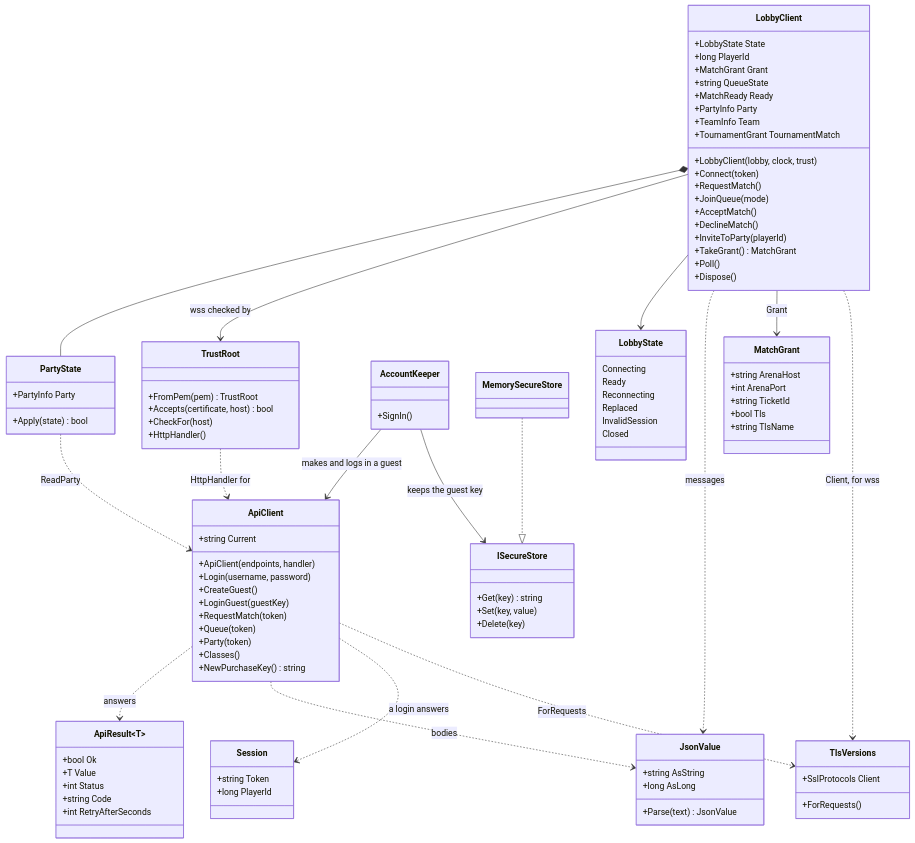
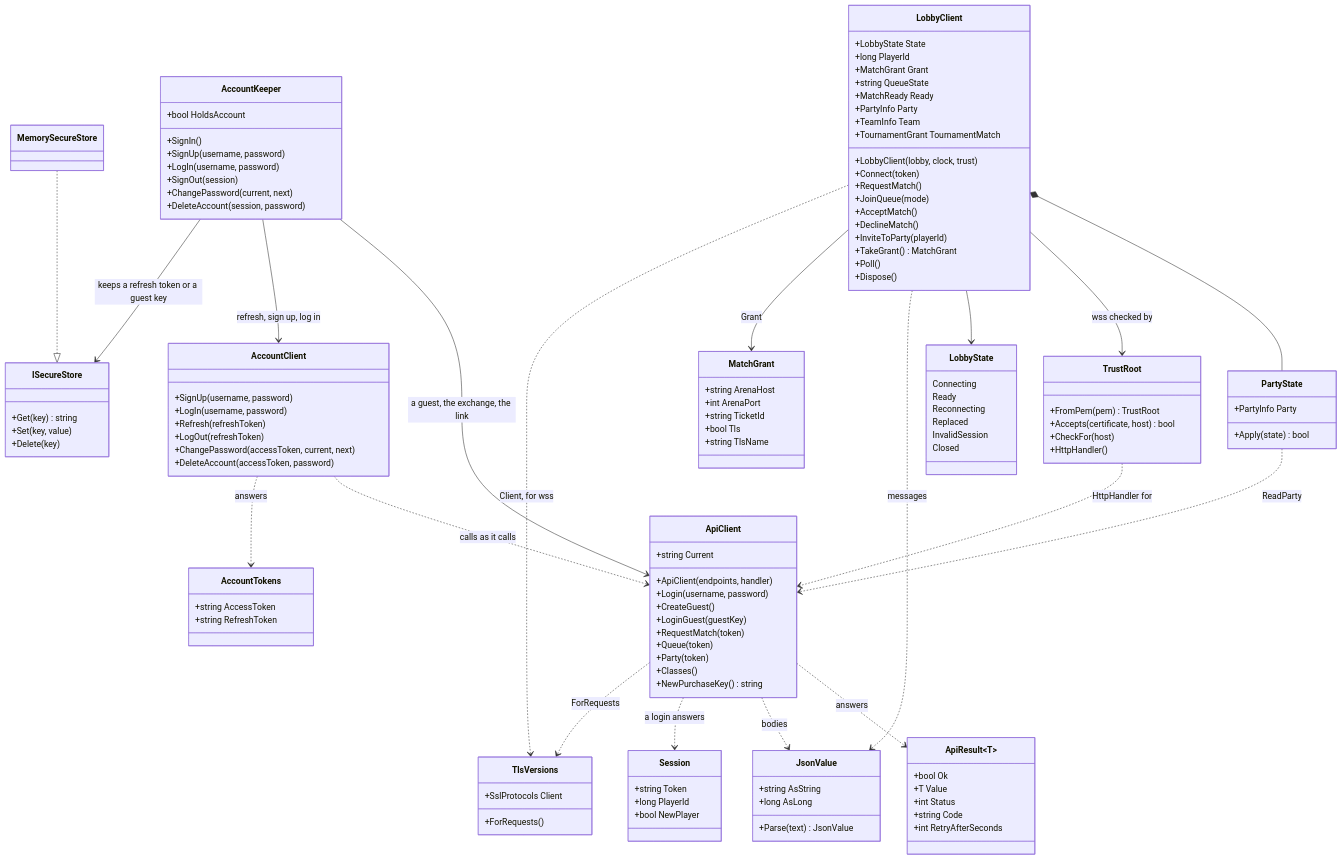
Before and after one commit to greensoft-atom/depio-simulation-platform: the third of 13 diagrams in docs/diagrams/06-client.md, drawn with Mermaid. The commit also changed other lines of this file and 49 other files, not shown here.

```diff
--- a/docs/diagrams/06-client.md
+++ b/docs/diagrams/06-client.md
@@ -289,6 +289,24 @@
     }
     class AccountKeeper {
         +SignIn()
+        +SignUp(username, password)
+        +LogIn(username, password)
+        +SignOut(session)
+        +ChangePassword(current, next)
+        +DeleteAccount(session, password)
+        +bool HoldsAccount
+    }
+    class AccountClient {
+        +SignUp(username, password)
+        +LogIn(username, password)
+        +Refresh(refreshToken)
+        +LogOut(refreshToken)
+        +ChangePassword(accessToken, current, next)
+        +DeleteAccount(accessToken, password)
+    }
+    class AccountTokens {
+        +string AccessToken
+        +string RefreshToken
     }
     class ISecureStore {
         +Get(key) string
@@ -304,6 +322,7 @@
     class Session {
         +string Token
         +long PlayerId
+        +bool NewPlayer
     }
     class MatchGrant {
         +string ArenaHost
@@ -332,8 +351,11 @@
     ApiClient ..> ApiResult : answers
     ApiClient ..> JsonValue : bodies
     ApiClient ..> Session : a login answers
-    AccountKeeper --> ApiClient : makes and logs in a guest
-    AccountKeeper --> ISecureStore : keeps the guest key
+    AccountKeeper --> ApiClient : a guest, the exchange, the link
+    AccountKeeper --> AccountClient : refresh, sign up, log in
+    AccountKeeper --> ISecureStore : keeps a refresh token or a guest key
+    AccountClient ..> ApiClient : calls as it calls
+    AccountClient ..> AccountTokens : answers
     MemorySecureStore ..|> ISecureStore
     LobbyClient ..> TlsVersions : Client, for wss
     ApiClient ..> TlsVersions : ForRequests
```
